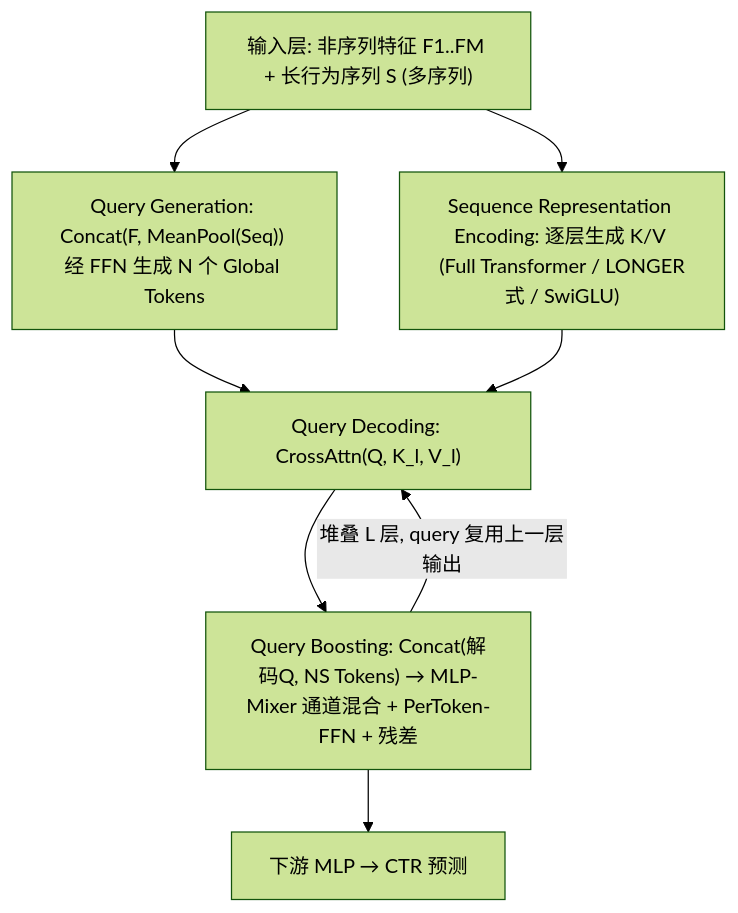
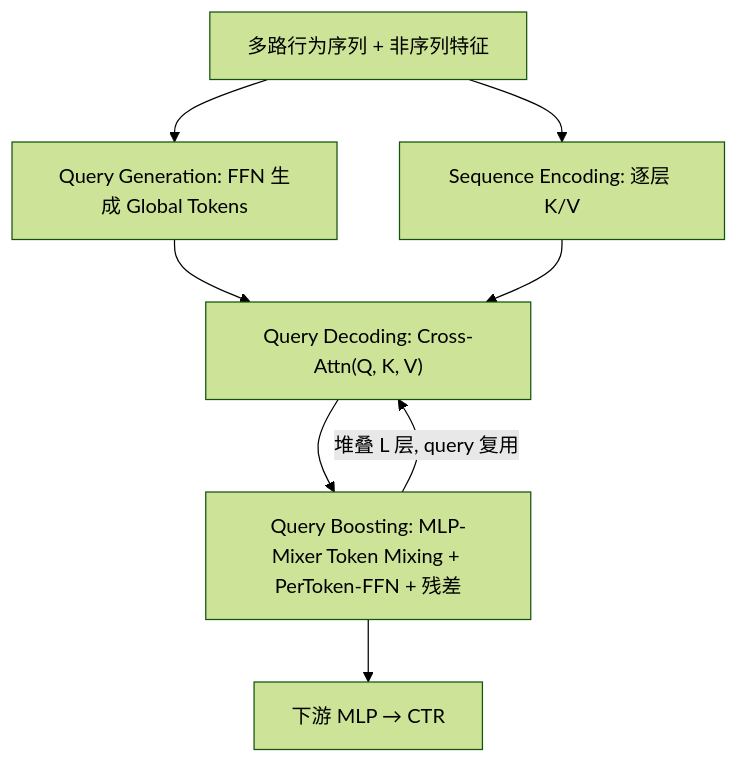
The diagram in docs/venues/SIGIR/2026/ctr_feature_interaction/hyformer_revisiting_the_roles_of_sequence_modeling_and_feature_interaction_.md (jbdcia321vw/Paper-Notes), drawn with Mermaid (forest theme) before and after one commit. The commit also changed other lines of this file and 1119 other files, not shown here.

````diff
--- a/docs/venues/SIGIR/2026/ctr_feature_interaction/hyformer_revisiting_the_roles_of_sequence_modeling_and_feature_interaction_.md
+++ b/docs/venues/SIGIR/2026/ctr_feature_interaction/hyformer_revisiting_the_roles_of_sequence_modeling_and_feature_interaction_.md
@@ -56,10 +46,10 @@
 ```mermaid
 flowchart TD
-    A["输入层: 非序列特征 F1..FM + 长行为序列 S (多序列)"] --> B["Query Generation: Concat(F, MeanPool(Seq)) 经 FFN 生成 N 个 Global Tokens"]
-    A --> C["Sequence Representation Encoding: 逐层生成 K/V (Full Transformer / LONGER式 / SwiGLU)"]
-    B --> D["Query Decoding: CrossAttn(Q, K_l, V_l)"]
+    A["多路行为序列 + 非序列特征"] --> B["Query Generation: FFN 生成 Global Tokens"]
+    A --> C["Sequence Encoding: 逐层 K/V"]
+    B --> D["Query Decoding: Cross-Attn(Q, K, V)"]
     C --> D
-    D --> E["Query Boosting: Concat(解码Q, NS Tokens) → MLP-Mixer 通道混合 + PerToken-FFN + 残差"]
-    E -->|"堆叠 L 层, query 复用上一层输出"| D
-    E --> F["下游 MLP → CTR 预测"]
+    D --> E["Query Boosting: MLP-Mixer Token Mixing + PerToken-FFN + 残差"]
+    E -->|"堆叠 L 层, query 复用"| D
+    E --> F["下游 MLP → CTR"]
 ```
````
